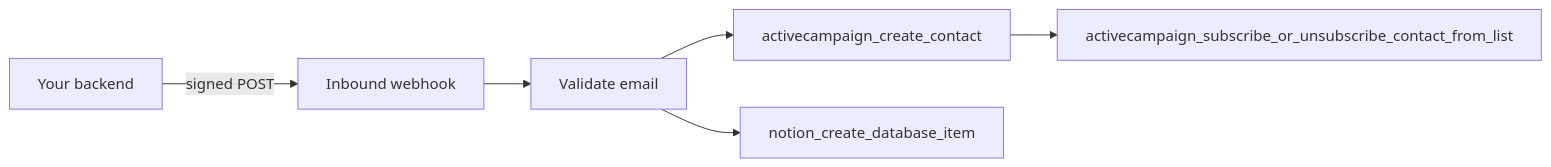
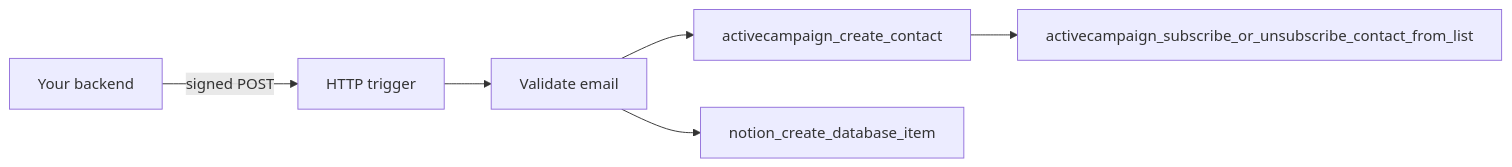
Before and after one commit to agentruntime-io/agentruntime-docs: the diagram in guides/lead-sync-activecampaign-notion.mdx, drawn with Mermaid. The commit also changed other lines of this file and 13 other files, not shown here.

````diff
--- a/guides/lead-sync-activecampaign-notion.mdx
+++ b/guides/lead-sync-activecampaign-notion.mdx
@@ -10,8 +10,8 @@
 ```mermaid
 flowchart LR
-  Form[Your backend] -->|signed POST| WH[Inbound webhook]
+  Form[Your backend] -->|signed POST| WH[HTTP trigger]
   WH --> Validate[Validate email]
   Validate --> AC[activecampaign_create_contact]
   Validate --> Notion[notion_create_database_item]
   AC --> List[activecampaign_subscribe_or_unsubscribe_contact_from_list]
 ```
````
